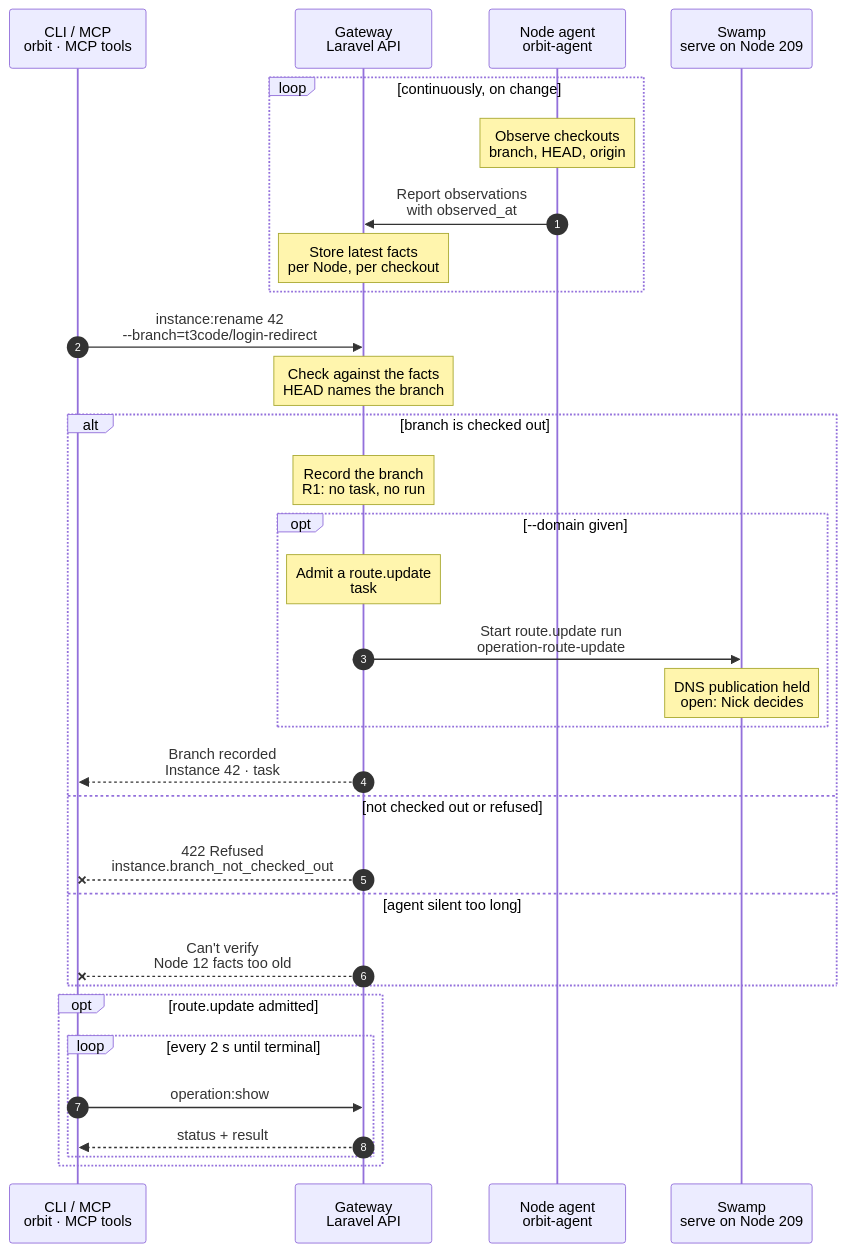
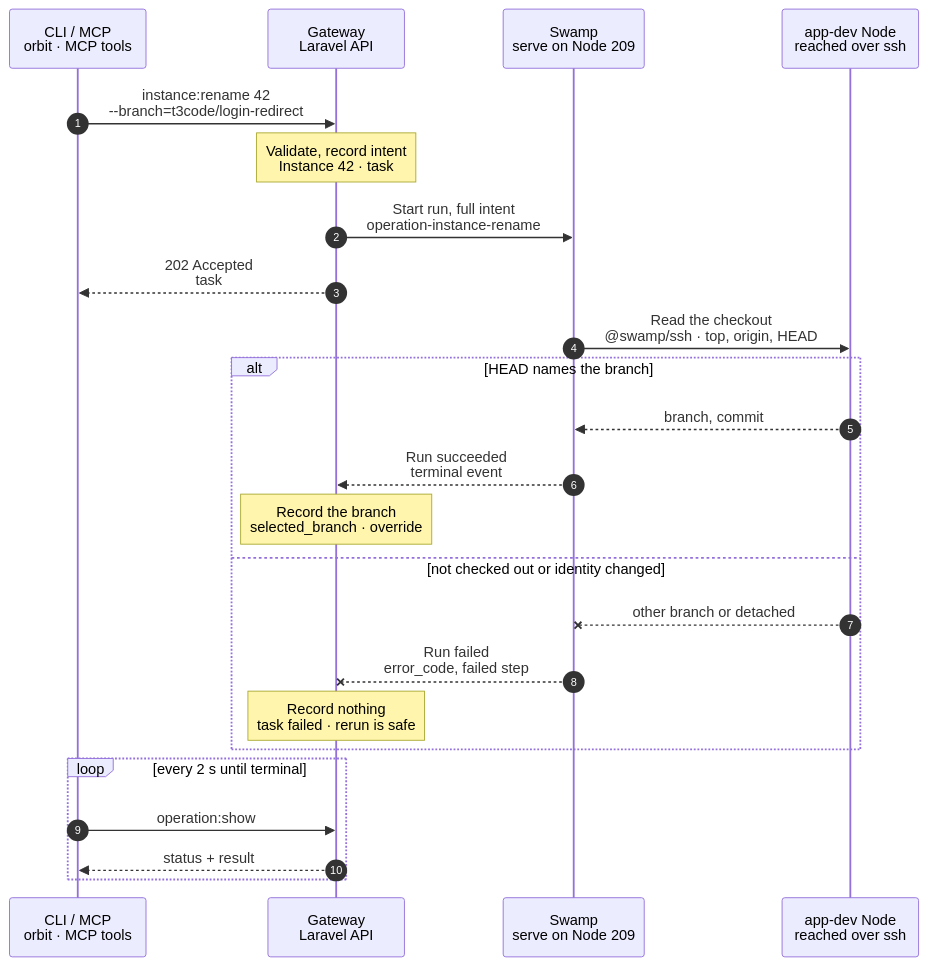
One commit to hardimpactdev/orbit changed the diagram in docs/flows/instance.rename.mmd. Above: the diagram before and after it, drawn with Mermaid. The commit also changed 2 other files, not shown here.

Commit message:
docs(flows): rename chart follows the Swamp read of HEAD; register and rename note Node agent observations as later
The CLI description matches the reference: Record an already checked-out development branch.

```diff
--- a/docs/flows/instance.rename.mmd
+++ b/docs/flows/instance.rename.mmd
@@ -1,98 +1,84 @@
 sequenceDiagram
-  %% Target design: DECISIONS scope (instance.rename record-only, R1); rule 1 (checkout read from Node agent reports); a new domain admits route.update (own chart); DECISIONS 2 (DNS held).
+  %% Target design: docs/cli/instance.mdx#orbit-instancerename (Swamp reads the checkout, the Gateway records the branch after success), ADR 0244 task, R2-R4; DECISIONS instance.rename as corrected 2026-11-02 (keep the Swamp read of HEAD; Node agent observations later, in the observer pass); DECISIONS 2 (DNS held).
   %% status: draft
   %% command: instance:rename
   autonumber
   %% lane CLI icon=terminal pill=caller tone=gray
   %% lane GW icon=gateway pill=intent tone=blue
-  %% lane A icon=server pill=observer tone=amber
   %% lane SW icon=workflow pill=executes tone=green
+  %% lane N icon=server pill=target tone=amber
   participant CLI as CLI / MCP<br/>orbit · MCP tools
   participant GW as Gateway<br/>Laravel API
-  participant A as Node agent<br/>orbit-agent
   participant SW as Swamp<br/>serve on Node 209
-  loop continuously, on change
-    Note over A: Observe checkouts<br/>branch, HEAD, origin
-    %%> What it observes:
-    %%> - each Instance checkout on Node 12: its symbolic `HEAD`, origin, owner and layout
-    %%> Runs as:
-    %%> - read-only; the Node agent never changes a Node
-    A->>GW: Report observations<br/>with observed_at
-    %%> What it sends:
-    %%> - what changed since the last report, with the time it was observed
-    Note over GW: Store latest facts<br/>per Node, per checkout
-    %%> Result:
-    %%> - the Gateway knows which branch each checkout has checked out
-  end
+  participant N as app-dev Node<br/>reached over ssh
   CLI->>GW: instance:rename 42<br/>--branch=t3code/login-redirect
   %%> Command:
   %%> - `orbit instance:rename 42 --branch=t3code/login-redirect`
-  %%> - syntax: `<instance> [--branch=BRANCH] [--domain=HOST] [--idempotency-key=KEY] [--json]`
-  %%> Before:
-  %%> - rename the branch in the checkout first: `git branch -m t3code/login-redirect`
-  %%> What it does not do:
-  %%> - rename the Instance, move its directory, or change Git `HEAD`
-  %%> With `--domain`:
-  %%> - also moves the Instance's Route to the new domain
-  Note over GW: Check against the facts<br/>HEAD names the branch
+  %%> - syntax: `instance:rename <instance> --branch=BRANCH [--idempotency-key=KEY] [--json]`
+  %%> Input:
+  %%> - a local branch you already checked out, for example after `git branch -m t3code/login-redirect`
+  %%> Not included:
+  %%> - it does not rename the Instance, move its directory or change Git `HEAD`
+  %%> - `--domain` returns `operation.kind_unavailable`
+  Note over GW: Validate, record intent<br/>Instance 42 · task #5160
   %%> Requirements:
-  %%> - your Node has an access grant to Node 12, which runs Instance 42
-  %%> - Instance 42 is an active development checkout, not a linked worktree or production
-  %%> - no other lifecycle change holds Instance 42
-  %%> Checks in the agent's latest report:
-  %%> - symbolic `HEAD` names `t3code/login-redirect`
-  %%> - the origin still is Project 7's repository
-  %%> - the report is fresh enough to trust
-  %%> Allowed:
-  %%> - dirty or unpublished source
-  alt branch is checked out
-    Note over GW: Record the branch<br/>R1: no task, no run
+  %%> - Instance 42 is an active development checkout on Node 12
+  %%> - your Node has an access grant to Node 12
+  %%> - the branch is a valid local branch name
+  %%> Result:
+  %%> - task #5160 recorded with the full intent; nothing is recorded on the Instance yet
+  %%> Later:
+  %%> - in the observer pass, the Gateway checks the Node agent's checkout facts and records the branch with no run
+  GW->>SW: Start run, full intent<br/>operation-instance-rename
+  %%> What it does:
+  %%> - starts one Swamp run on serve (Node 209)
+  %%> Inputs:
+  %%> - Node 12's address and SSH host keys; the SSH identity comes from the `swamp` role
+  %%> - the checkout path, its recorded identity and the requested branch
+  GW-->>CLI: 202 Accepted<br/>task #5160
+  %%> What you get:
+  %%> - the task number, at once
+  %%> Next:
+  %%> - the CLI follows the task with `operation:show`
+  SW->>N: Read the checkout<br/>@swamp/ssh · top, origin, HEAD
+  %%> What it does:
+  %%> - checks the checkout's top level, common Git directory, worktrees and origin against its recorded identity
+  %%> - reads symbolic `HEAD` and its commit
+  %%> How:
+  %%> - Git commands run with hooks and filesystem monitors off, with no origin access
+  %%> Not included:
+  %%> - changes nothing on the Node; a dirty or unpublished branch can be recorded
+  alt HEAD names the branch
+    N-->>SW: branch, commit
+    %%> Returns:
+    %%> - the checked-out branch and its commit
+    SW-->>GW: Run succeeded<br/>terminal event
+    %%> How the Gateway learns it:
+    %%> - its shared run reader sees the terminal event; Swamp never calls the Gateway
+    Note over GW: Record the branch<br/>selected_branch · override
     %%> Result:
     %%> - `selected_branch` and `branch_override` of Instance 42 become `t3code/login-redirect`
-    %%> - the already recorded branch keeps its existing override
-    %%> - no Swamp run starts (R1)
-    %%> Later:
-    %%> - removal, cloning and doctor check the new branch
-    opt --domain given
-      Note over GW: Admit a route.update<br/>task #5160 · own chart
-      %%> What it does:
-      %%> - admits a `route.update` task for the Route of Instance 42, with the new domain
-      %%> - the Route change has its own chart; rename only starts it
-      %%> Today:
-      %%> - `--domain` returns `operation.kind_unavailable`
-      GW->>SW: Start route.update run<br/>operation-route-update
-      %%> What it does:
-      %%> - starts one Swamp run on serve (Node 209) for the Route change
-      Note over SW: DNS publication held<br/>open: Nick decides
-      %%> Open:
-      %%> - DNS publication for Routes is on hold (`native-dns-takeover-held`)
-      %%> - until Nick decides, the Route change is same-Node work only
-    end
-    GW-->>CLI: Branch recorded<br/>Instance 42 · task #5160 if any
-    %%> What you get:
-    %%> - the result at once
-    %%> - with `--domain`, also the `route.update` task number to follow
-  else not checked out or refused
-    GW--xCLI: 422 Refused<br/>instance.branch_not_checked_out
+    %%> - recording the already recorded branch keeps its existing override
+    %%> - task #5160 succeeds
+  else not checked out or identity changed
+    N--xSW: other branch or detached
     %%> When:
-    %%> - `HEAD` names another branch or is detached
-    %%> - or Instance 42 is not an active development checkout
+    %%> - symbolic `HEAD` names another branch or is detached
+    %%> - or the checkout no longer matches its recorded identity
+    SW--xGW: Run failed<br/>error_code, failed step
+    %%> The Gateway reads:
+    %%> - which step failed and its error code
+    Note over GW: Record nothing<br/>task failed · rerun is safe
     %%> Result:
-    %%> - nothing is recorded
-  else agent silent too long
-    GW--xCLI: Can't verify<br/>Node 12 facts too old
-    %%> When:
-    %%> - the Node agent hasn't reported recently, so the Gateway can't trust what it knows
-    %%> Result:
-    %%> - nothing is recorded; try again when the agent reports
+    %%> - Instance 42 keeps its recorded branch; task #5160 fails
+    %%> Retry:
+    %%> - check out the branch, then run `instance:rename` again; it is a new task
   end
-  opt route.update admitted
-    loop every 2 s until terminal
-      CLI->>GW: operation:show #5160
-      %%> What it does:
-      %%> - follows the Route change every 2 seconds until it has ended
-      GW-->>CLI: status + result
-      %%> Returns:
-      %%> - the current status, and the result once the task has ended
-    end
+  loop every 2 s until terminal
+    CLI->>GW: operation:show #5160
+    %%> What it does:
+    %%> - asks for the task's status every 2 seconds until it has ended
+    GW-->>CLI: status + result
+    %%> Returns:
+    %%> - the current status, and the result once the task has ended
   end
```
